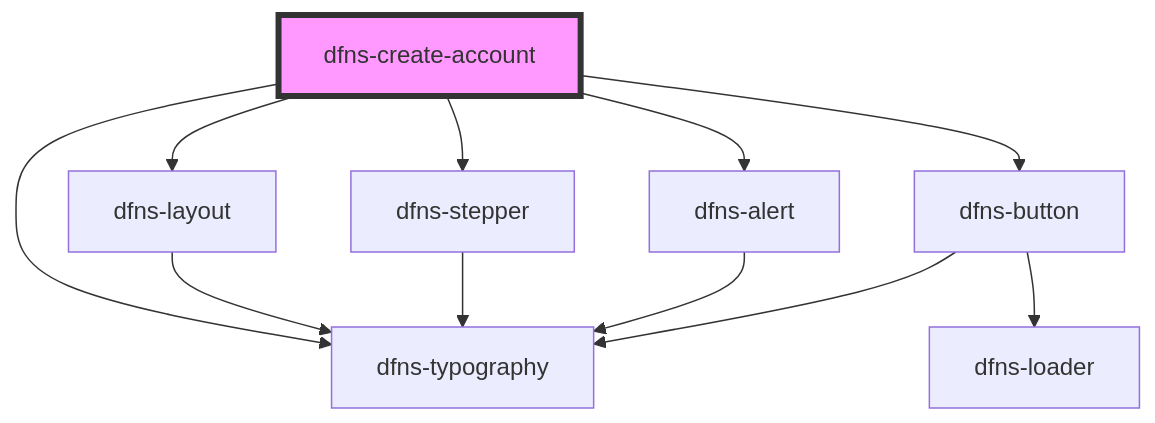
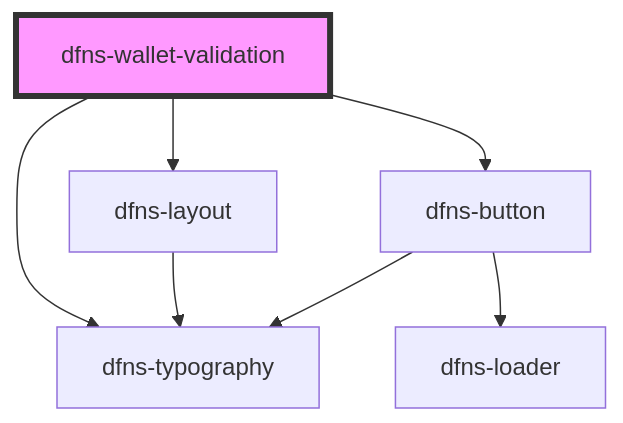
One commit to dfnsext/web-ui changed the diagram in src/components/dfns-wallet-validation/readme.md. Above: the diagram before and after it, drawn with Mermaid. The commit also changed other lines of this file and 23 other files, not shown here.

````diff
--- a/src/components/dfns-wallet-validation/readme.md
+++ b/src/components/dfns-wallet-validation/readme.md
@@ -19,14 +35,10 @@
 ```mermaid
 graph TD;
-  dfns-create-account --> dfns-layout
-  dfns-create-account --> dfns-typography
-  dfns-create-account --> dfns-stepper
-  dfns-create-account --> dfns-alert
-  dfns-create-account --> dfns-button
+  dfns-wallet-validation --> dfns-layout
+  dfns-wallet-validation --> dfns-typography
+  dfns-wallet-validation --> dfns-button
   dfns-layout --> dfns-typography
-  dfns-stepper --> dfns-typography
-  dfns-alert --> dfns-typography
   dfns-button --> dfns-typography
   dfns-button --> dfns-loader
-  style dfns-create-account fill:#f9f,stroke:#333,stroke-width:4px
+  style dfns-wallet-validation fill:#f9f,stroke:#333,stroke-width:4px
 ```
````
